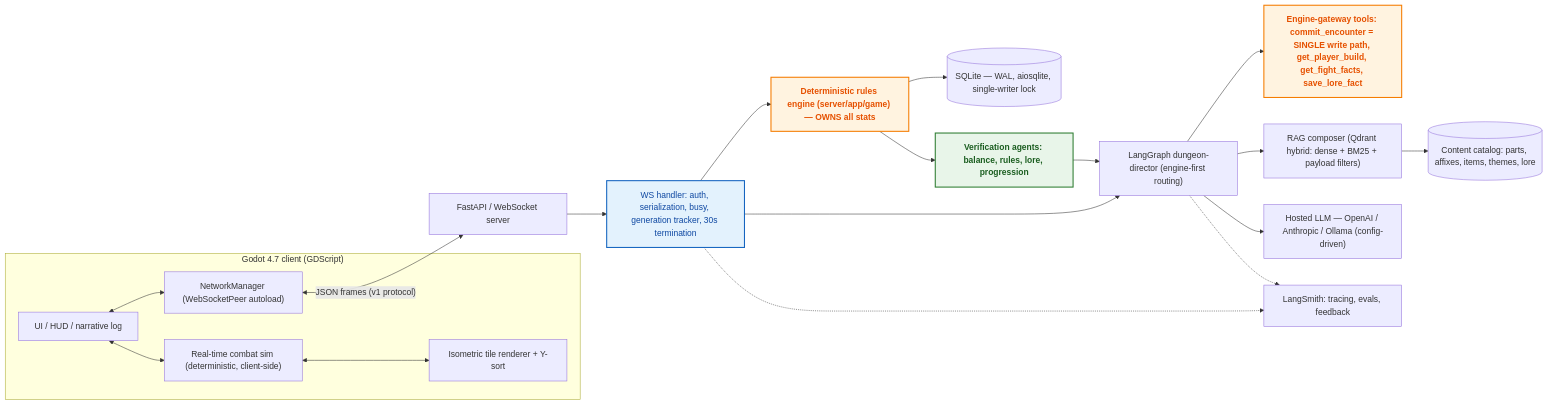
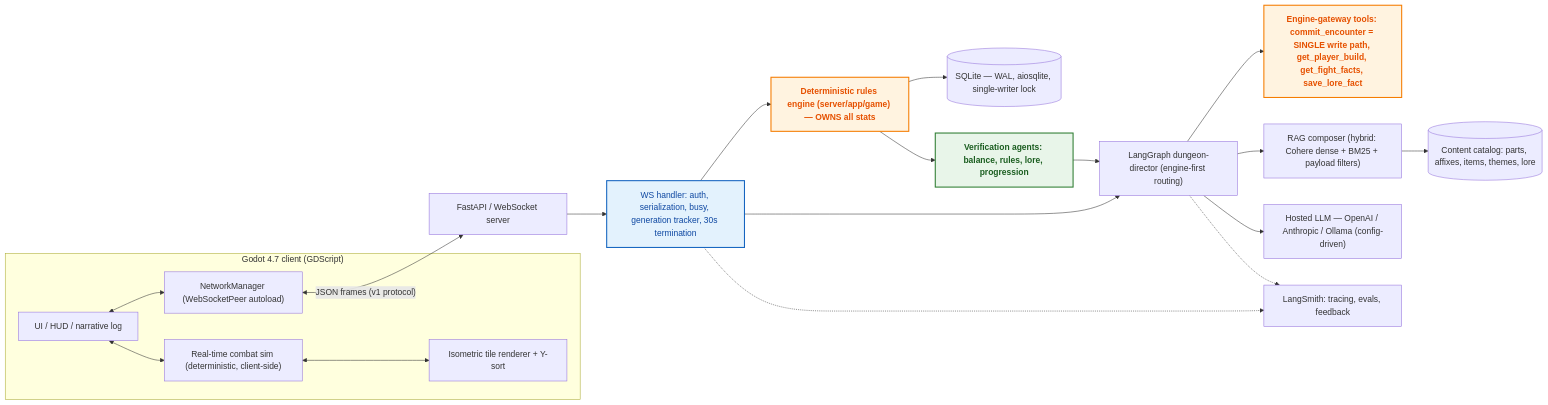
The first of 2 diagrams in docs/02-architecture.md (Ember96/Heirs-of-the-Abyss), drawn with Mermaid before and after one commit. The commit also changed other lines of this file and 10 other files, not shown here.

Commit message:
chore(rag): drop dead Qdrant path; document local hybrid as retrieval architecture

````diff
--- a/docs/02-architecture.md
+++ b/docs/02-architecture.md
@@ -13,29 +13,29 @@
 ```mermaid
 flowchart LR
   classDef crit fill:#FFF3E0,stroke:#F57C00,stroke-width:2px,color:#E65100,font-weight:bold
   classDef ok   fill:#E8F5E9,stroke:#2E7D32,stroke-width:2px,color:#1B5E20,font-weight:bold
   classDef info fill:#E3F2FD,stroke:#1565C0,stroke-width:2px,color:#0D47A1
 
   subgraph Client["Godot 4.7 client (GDScript)"]
     UI["UI / HUD / narrative log"]
     Net["NetworkManager (WebSocketPeer autoload)"]
     Sim["Real-time combat sim (deterministic, client-side)"]
     Render["Isometric tile renderer + Y-sort"]
     UI <--> Net
     UI <--> Sim
     Sim <--> Render
   end
   Net <-->|"JSON frames (v1 protocol)"| WS["FastAPI / WebSocket server"]
   WS --> H["WS handler: auth, serialization, busy, generation tracker, 30s termination"]:::info
   H --> E["Deterministic rules engine (server/app/game) — OWNS all stats"]:::crit
   E --> DB[("SQLite — WAL, aiosqlite, single-writer lock")]
   H --> G["LangGraph dungeon-director (engine-first routing)"]
   G --> T["Engine-gateway tools: commit_encounter = SINGLE write path, get_player_build, get_fight_facts, save_lore_fact"]:::crit
-  G --> R["RAG composer (Qdrant hybrid: dense + BM25 + payload filters)"]
+  G --> R["RAG composer (hybrid: Cohere dense + BM25 + payload filters)"]
   R --> CAT[("Content catalog: parts, affixes, items, themes, lore")]
   G --> LLM["Hosted LLM — OpenAI / Anthropic / Ollama (config-driven)"]
   G -.-> LS["LangSmith: tracing, evals, feedback"]
   H -.-> LS
   E --> V["Verification agents: balance, rules, lore, progression"]:::ok
   V --> G
 ```
````
